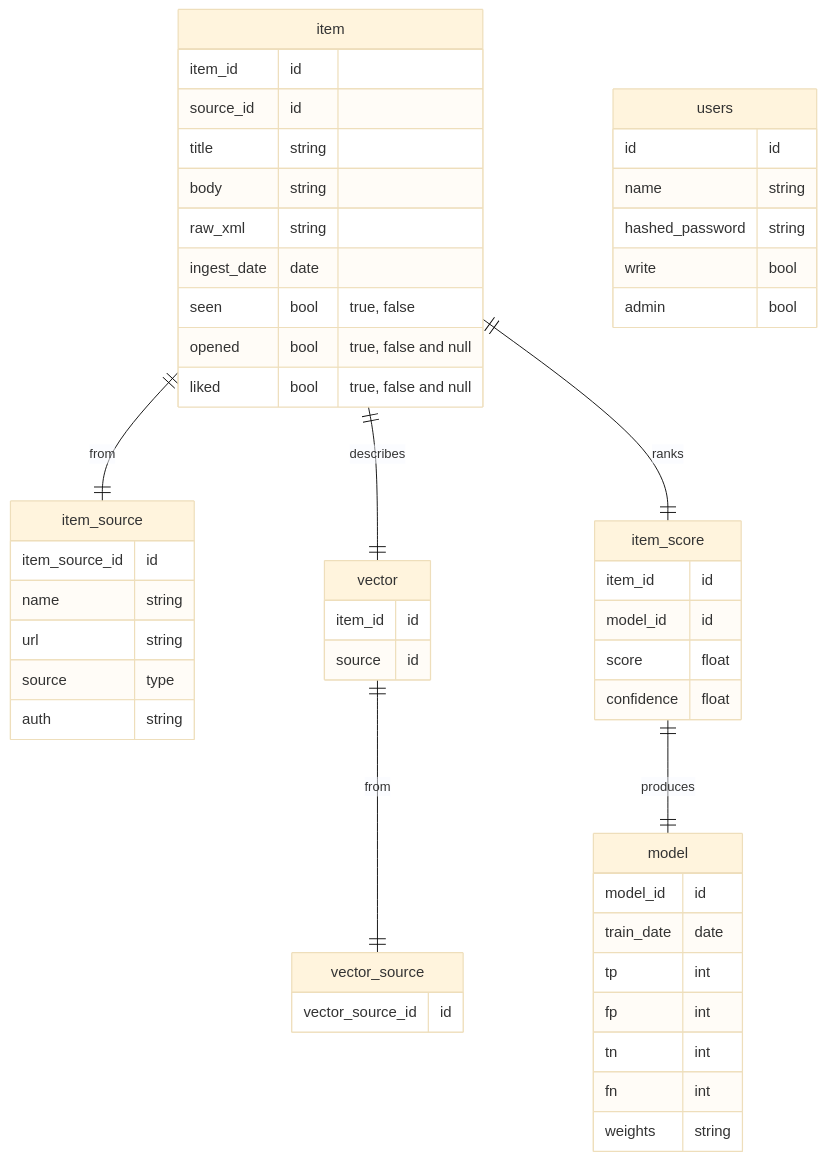
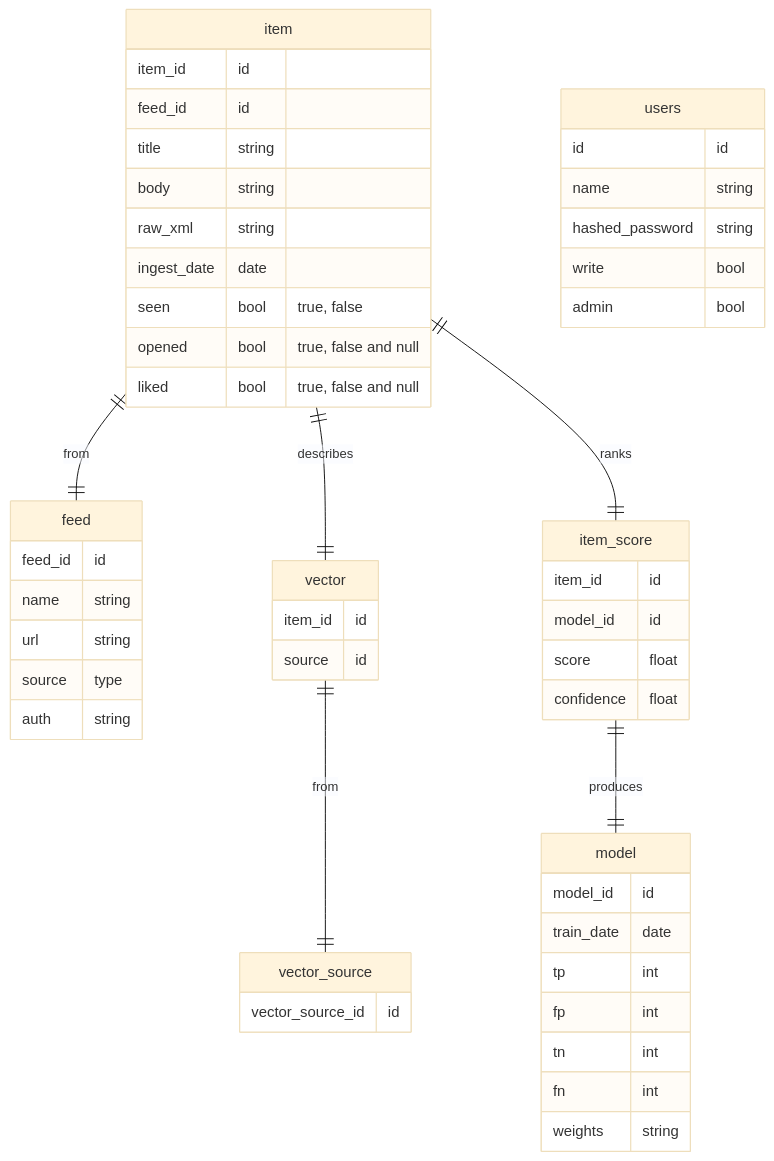
Before and after one commit to mullinmax/purrs: the second of 2 diagrams in README.md, drawn with Mermaid (base theme). The commit also changed other lines of this file and 13 other files, not shown here.

````diff
--- a/README.md
+++ b/README.md
@@ -115,62 +115,62 @@
 ```mermaid
 erDiagram
     item {
         item_id id
-        source_id id
+        feed_id id
         title string
         body string
         raw_xml string
         ingest_date date
         seen bool "true, false"
         opened bool "true, false and null"
         liked bool "true, false and null"
     }
 
-    item_source {
-        item_source_id id
+    feed {
+        feed_id id
         name string
         url string
         source type
         auth string
     }
 
     item_score {
         item_id id
         model_id id
         score float
         confidence float
     }
 
     model {
         model_id id
         train_date date
         tp int
         fp int
         tn int
         fn int
         weights string
     }
 
     vector_source {
         vector_source_id id
     }
 
     vector {
         item_id id
         source id
     }
 
     users {
         id id
         name string
         hashed_password string
         write bool
         admin bool
     }
 
-    item ||--|| item_source : from
+    item ||--|| feed : from
     vector ||--|| vector_source : from
     item ||--|| vector : describes
     item ||--|| item_score : ranks
     item_score ||--|| model : produces
 ``` 
````
